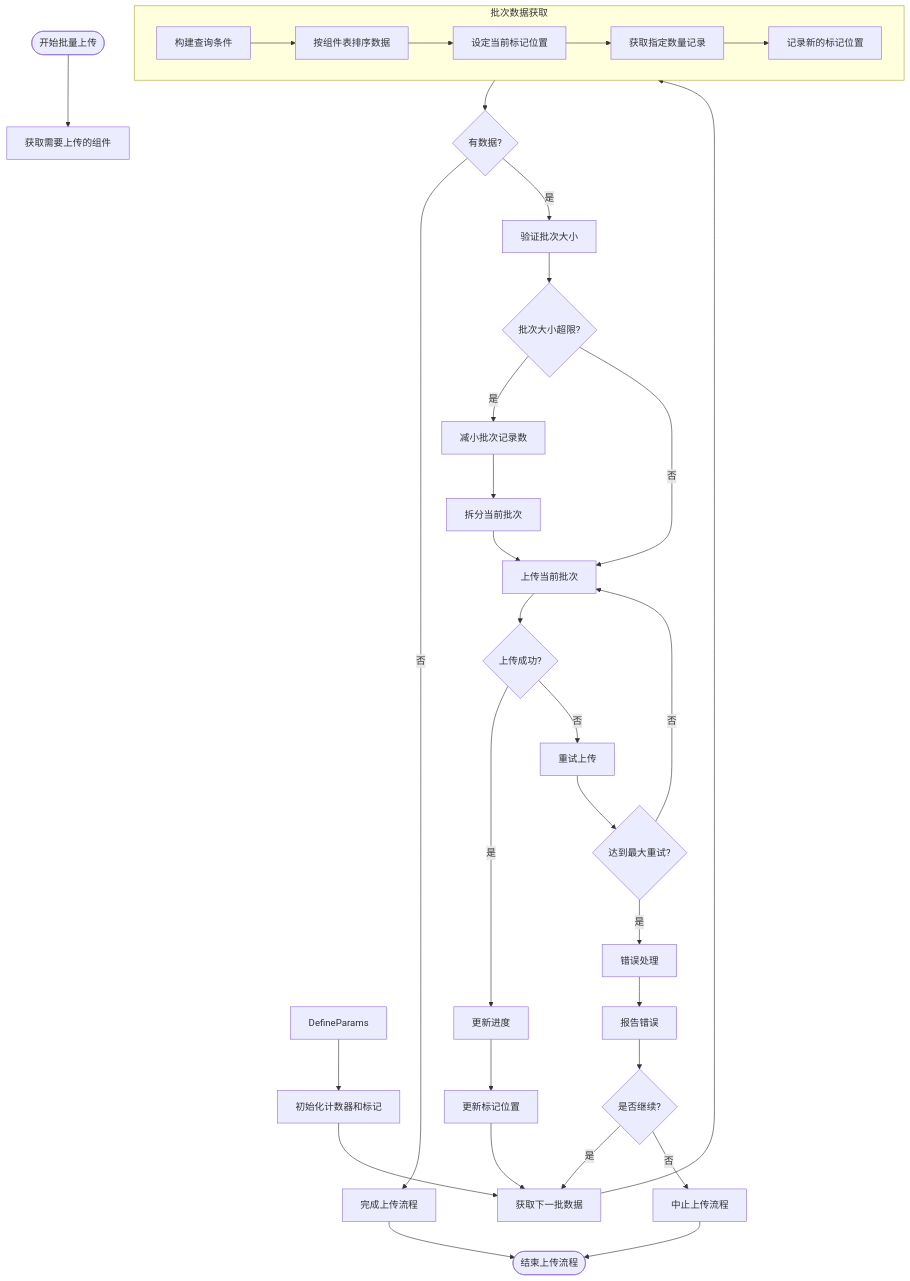
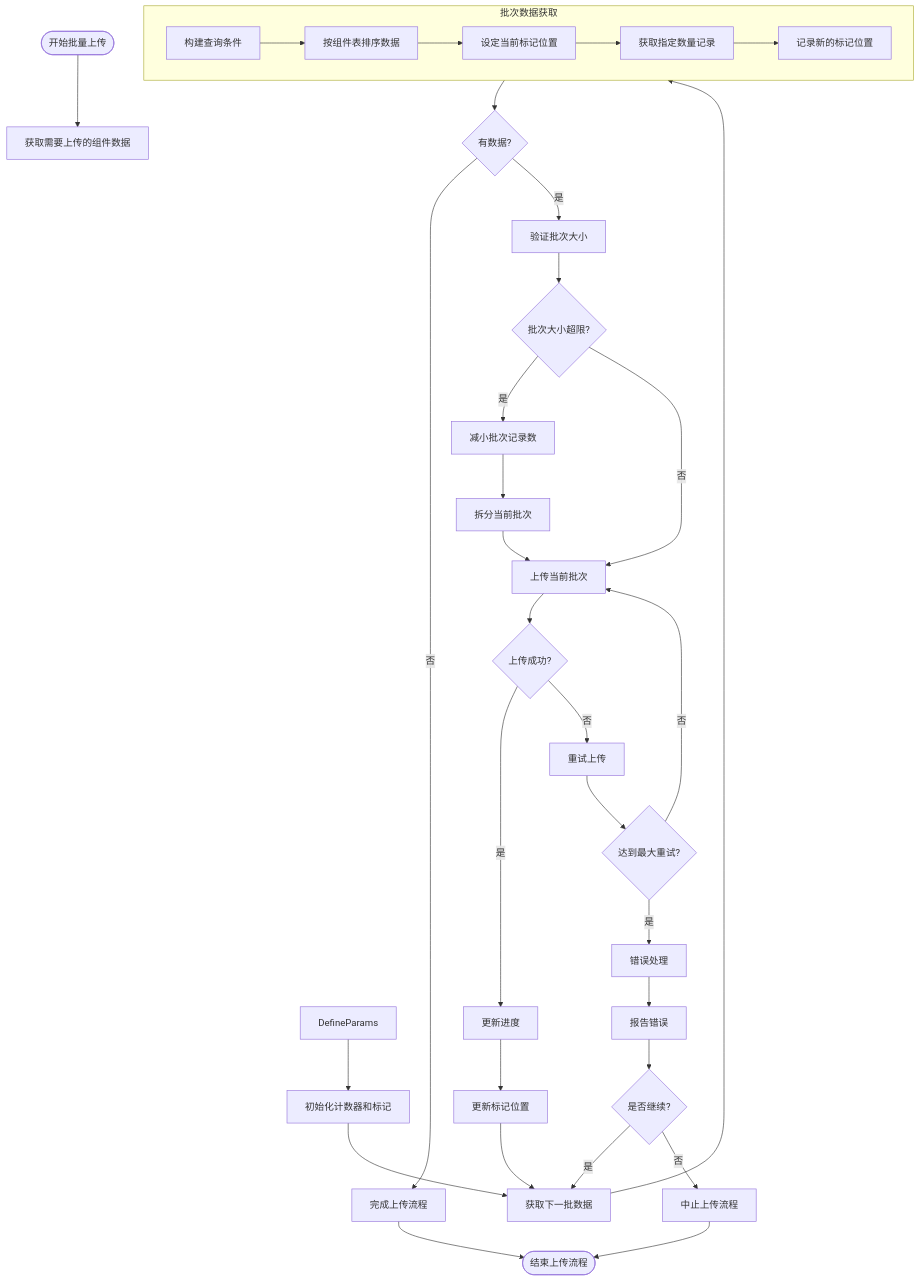
The diagram in all/未命名-51.md (yingjianzh/iodraw-files), drawn with Mermaid before and after one commit.

Commit message:
2025-05-08 17:22:14 update

````diff
--- a/all/未命名-51.md
+++ b/all/未命名-51.md
@@ -1,46 +1,48 @@
 ```mermaid
 flowchart TD
-    Start([开始批量上传]) --> UploadData[获取需要上传的组件]
+    Start([开始批量上传]) --> 
+    
+    UploadData[获取需要上传的组件数据]
     DefineParams --> InitCounters[初始化计数器和标记]
     
     InitCounters --> FetchNextBatch[获取下一批数据]
     
     subgraph BatchFetch [批次数据获取]
         A[构建查询条件] --> B[按组件表排序数据]
         B --> C[设定当前标记位置]
         C --> D[获取指定数量记录]
         D --> E[记录新的标记位置]
     end
     
     FetchNextBatch --> BatchFetch
     
     BatchFetch --> CheckResults{有数据?}
     CheckResults -->|否| CompleteUpload[完成上传流程]
     CheckResults -->|是| ValidateBatch[验证批次大小]
     
     ValidateBatch --> SizeTooLarge{批次大小超限?}
     SizeTooLarge -->|是| AdjustBatchSize[减小批次记录数]
     SizeTooLarge -->|否| UploadBatch[上传当前批次]
     
     AdjustBatchSize --> SplitBatch[拆分当前批次]
     SplitBatch --> UploadBatch
     
     UploadBatch --> UploadSuccess{上传成功?}
     UploadSuccess -->|是| UpdateProgress[更新进度]
     UploadSuccess -->|否| RetryUpload[重试上传]
     
     RetryUpload --> MaxRetries{达到最大重试?}
     MaxRetries -->|否| UploadBatch
     MaxRetries -->|是| ErrorHandling[错误处理]
     
     ErrorHandling --> ReportError[报告错误]
     ReportError --> ContinueOption{是否继续?}
     ContinueOption -->|是| FetchNextBatch
     ContinueOption -->|否| AbortProcess[中止上传流程]
     
     UpdateProgress --> UpdateMarker[更新标记位置]
     UpdateMarker --> FetchNextBatch
     
     CompleteUpload --> End([结束上传流程])
     AbortProcess --> End
 ```
````
